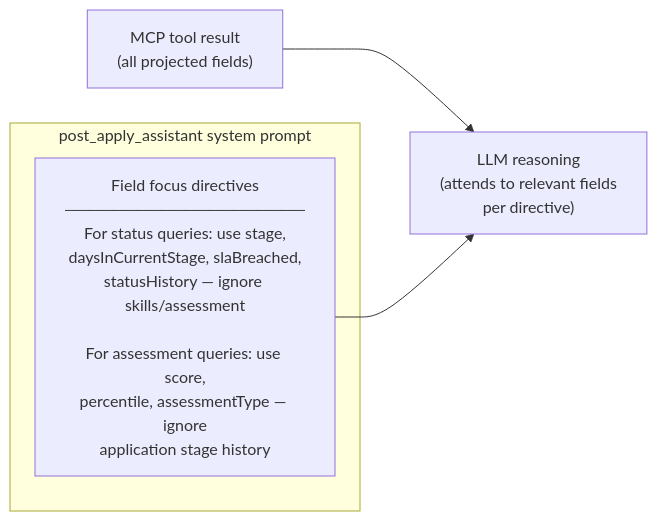
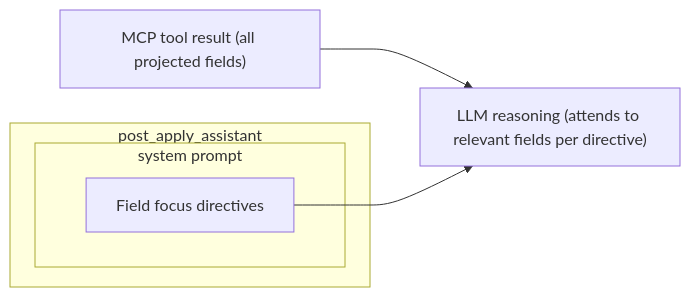
Before and after one commit to venkat-raman17/candidate-agent: the tenth of 35 diagrams in LLD_POST_APPLY_ASSISTANT.md, drawn with Mermaid. The commit also changed other lines of this file, not shown here.

````diff
--- a/LLD_POST_APPLY_ASSISTANT.md
+++ b/LLD_POST_APPLY_ASSISTANT.md
@@ -545,13 +536,15 @@
 ```mermaid
 flowchart LR
-    TOOL_RESULT["MCP tool result\n(all projected fields)"]
+    TOOL_RESULT["MCP tool result (all projected fields)"]
 
-    subgraph "post_apply_assistant system prompt"
-        DIR["Field focus directives\n────────────────────\nFor status queries: use stage,\ndaysInCurrentStage, slaBreached,\nstatusHistory — ignore skills/assessment\n\nFor assessment queries: use score,\npercentile, assessmentType — ignore\napplication stage history"]
+    subgraph "post_apply_assistant"
+        subgraph "system prompt"
+            DIR["Field focus directives"]
+        end
     end
 
-    LLM["LLM reasoning\n(attends to relevant fields\nper directive)"]
+    LLM["LLM reasoning (attends to relevant fields per directive)"]
 
     TOOL_RESULT --> LLM
     DIR --> LLM
 ```
````
